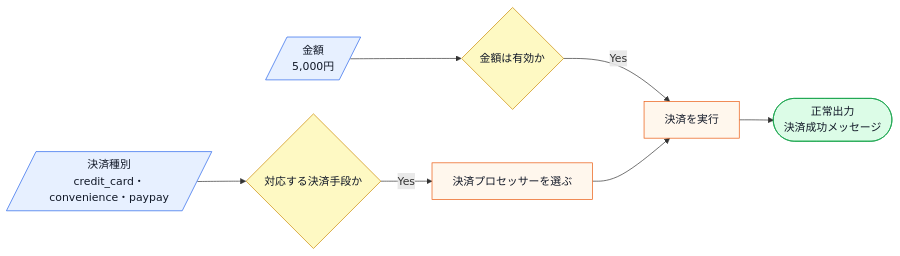
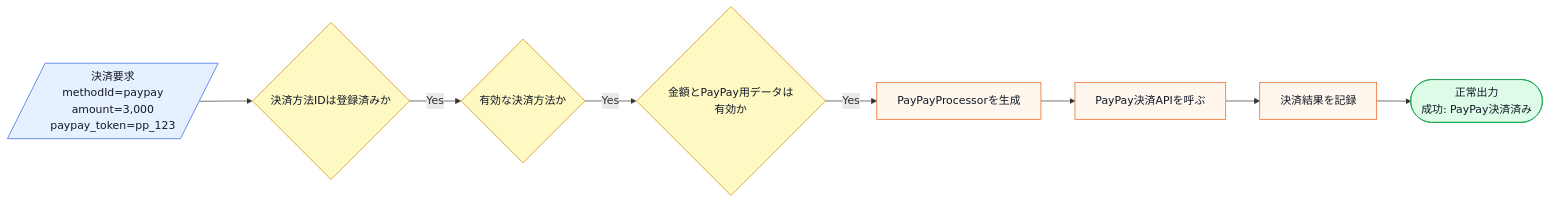
Before and after one commit to kumachan1101-pixel/DesignPattern: the fourth of 8 diagrams in kindle/design-patterns/output/chapter08.md, drawn with Mermaid. The commit also changed other lines of this file and 7 other files, not shown here.

````diff
--- a/kindle/design-patterns/output/chapter08.md
+++ b/kindle/design-patterns/output/chapter08.md
@@ -370,14 +483,15 @@
 ```mermaid
 flowchart LR
-    A[/決済種別<br>credit_card・convenience・paypay/]:::input --> B{対応する決済手段か}:::decision
-    C[/金額<br>5,000円/]:::input --> D{金額は有効か}:::decision
-    B -->|Yes| E[決済プロセッサーを選ぶ]:::process
-    D -->|Yes| F[決済を実行]:::process
-    E --> F
-    F --> G([正常出力<br>決済成功メッセージ]):::normal
+    A[/決済要求<br>methodId=paypay<br>amount=3,000<br>paypay_token=pp_123/]:::input --> B{決済方法IDは登録済みか}:::decision
+    B -->|Yes| C{有効な決済方法か}:::decision
+    C -->|Yes| D{金額とPayPay用データは有効か}:::decision
+    D -->|Yes| E[PayPayProcessorを生成]:::process
+    E --> F[PayPay決済APIを呼ぶ]:::process
+    F --> G[決済結果を記録]:::process
+    G --> H([正常出力<br>成功: PayPay決済済み]):::normal
 
     classDef input fill:#e7f0ff,stroke:#2563eb,color:#111827;
     classDef process fill:#fff7ed,stroke:#ea580c,color:#111827;
     classDef decision fill:#fef9c3,stroke:#ca8a04,color:#111827;
     classDef normal fill:#dcfce7,stroke:#16a34a,color:#111827;
 ```
````
